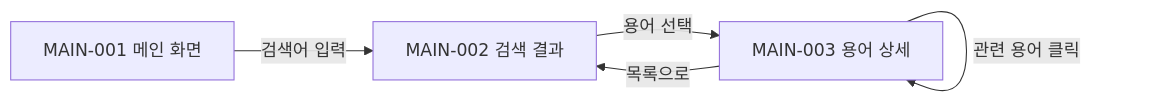
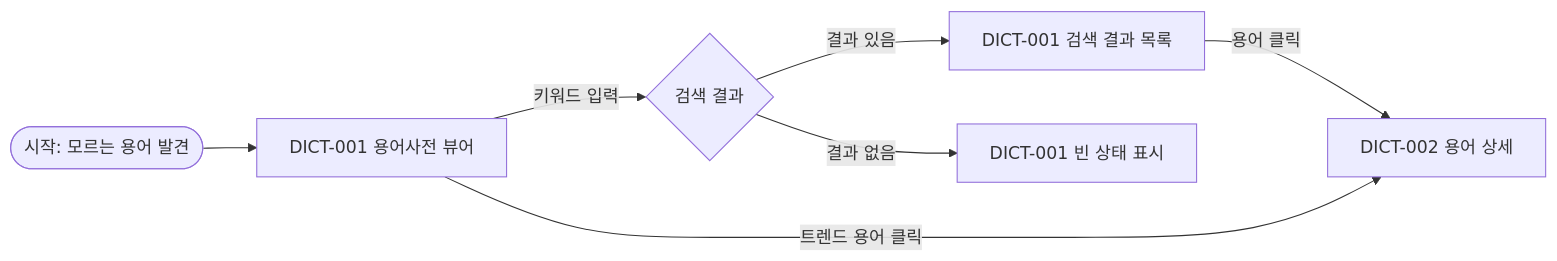
One commit to woongki-jung/Hackathon changed the third of 5 diagrams in docs/specs/screens/spec-screens.md. Above: the diagram before and after it, drawn with Mermaid. The commit also changed other lines of this file and 113 other files, not shown here.

````diff
--- a/docs/specs/screens/spec-screens.md
+++ b/docs/specs/screens/spec-screens.md
@@ -75,7 +102,9 @@
 ```mermaid
 flowchart LR
-    A[MAIN-001 메인 화면] -- 검색어 입력 --> B[MAIN-002 검색 결과]
-    B -- 용어 선택 --> C[MAIN-003 용어 상세]
-    C -- 목록으로 --> B
-    C -- 관련 용어 클릭 --> C
+    A([시작: 모르는 용어 발견]) --> B[DICT-001 용어사전 뷰어]
+    B -->|키워드 입력| C{검색 결과}
+    C -->|결과 있음| D[DICT-001 검색 결과 목록]
+    D -->|용어 클릭| E[DICT-002 용어 상세]
+    C -->|결과 없음| F[DICT-001 빈 상태 표시]
+    B -->|트렌드 용어 클릭| E
 ```
````
